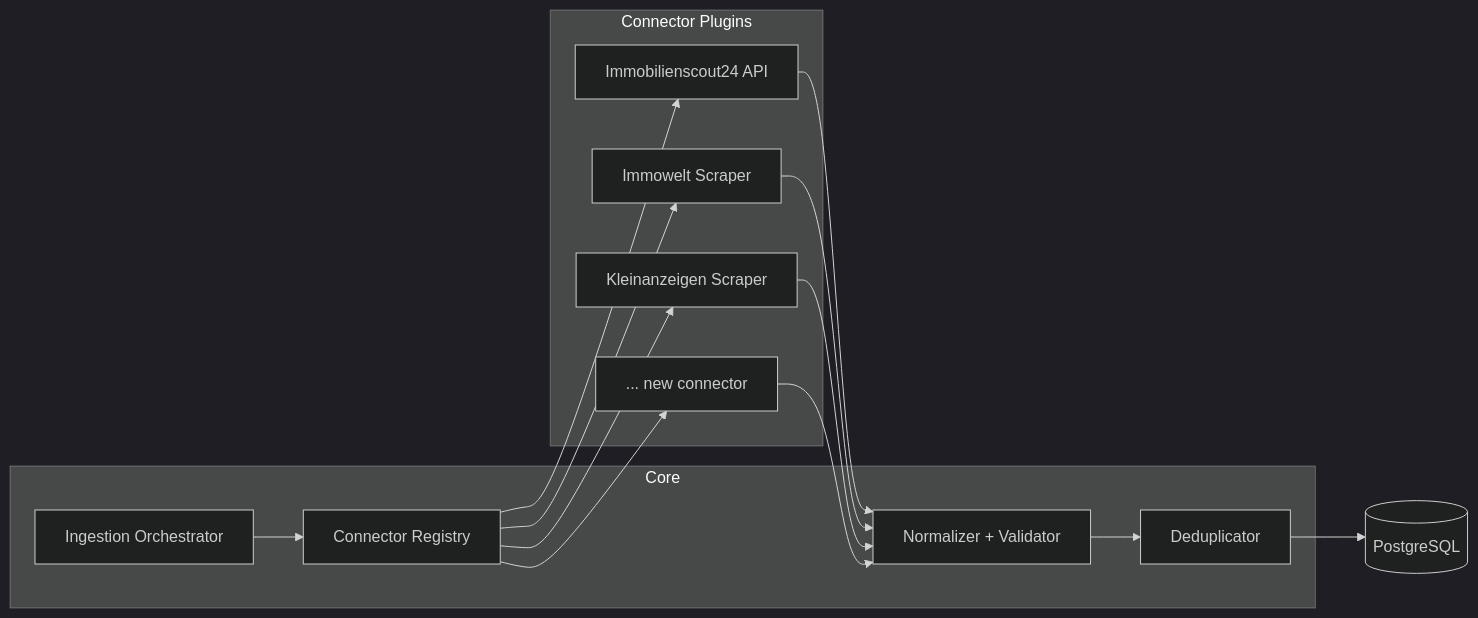
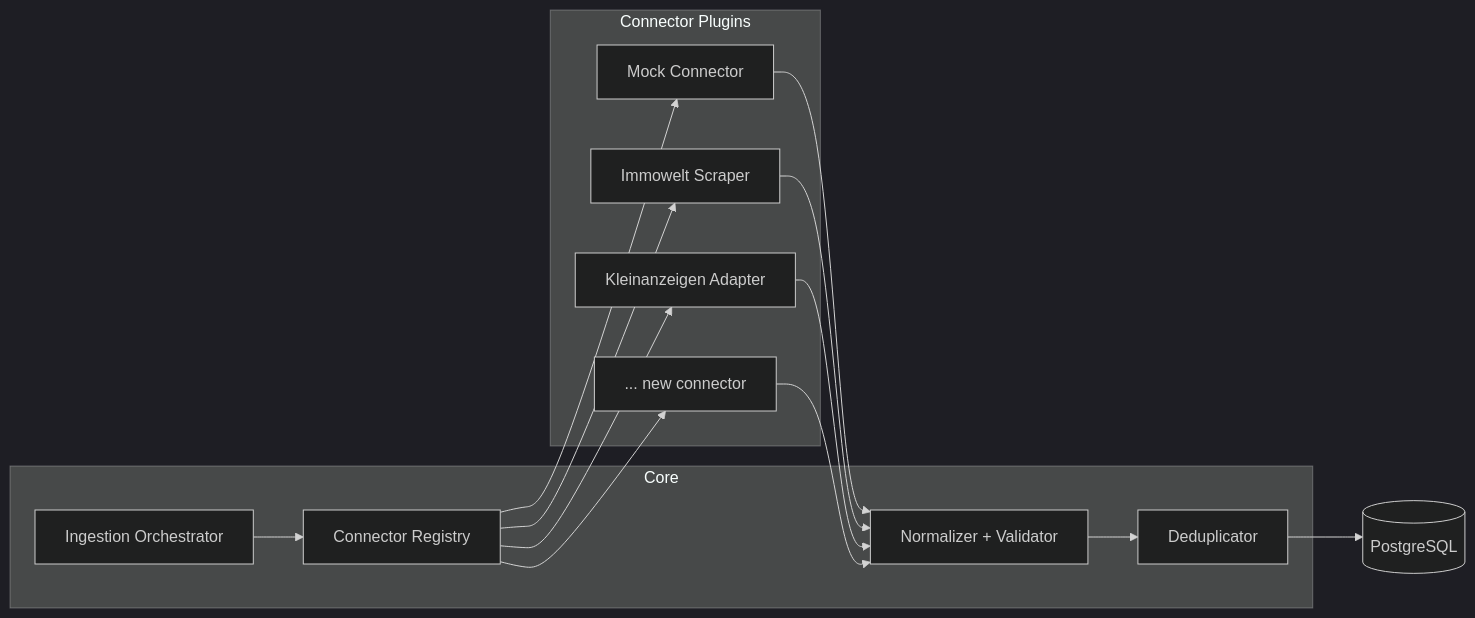
Before and after one commit to Antisho4kas/SucheWohnung: the first of 2 diagrams in docs/09-Integration-Architecture.md, drawn with Mermaid (dark theme). The commit also changed other lines of this file and 186 other files, not shown here.

````diff
--- a/docs/09-Integration-Architecture.md
+++ b/docs/09-Integration-Architecture.md
@@ -9,18 +9,18 @@
 ```mermaid
 flowchart LR
     subgraph Core
         ORCH[Ingestion Orchestrator]
         REG[Connector Registry]
         NORM[Normalizer + Validator]
         DEDUP[Deduplicator]
     end
     subgraph Connectors[Connector Plugins]
-        C1[Immobilienscout24 API]
+        C1[Mock Connector]
         C2[Immowelt Scraper]
-        C3[Kleinanzeigen Scraper]
+        C3[Kleinanzeigen Adapter]
         CN[... new connector]
     end
     REG --> C1 & C2 & C3 & CN
     ORCH --> REG
     C1 & C2 & C3 & CN --> NORM --> DEDUP --> DB[(PostgreSQL)]
 ```
````
